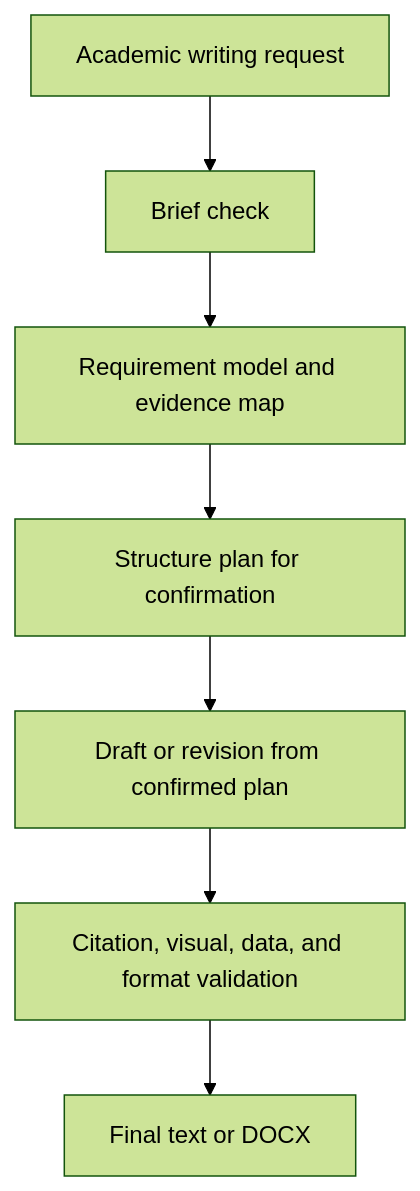
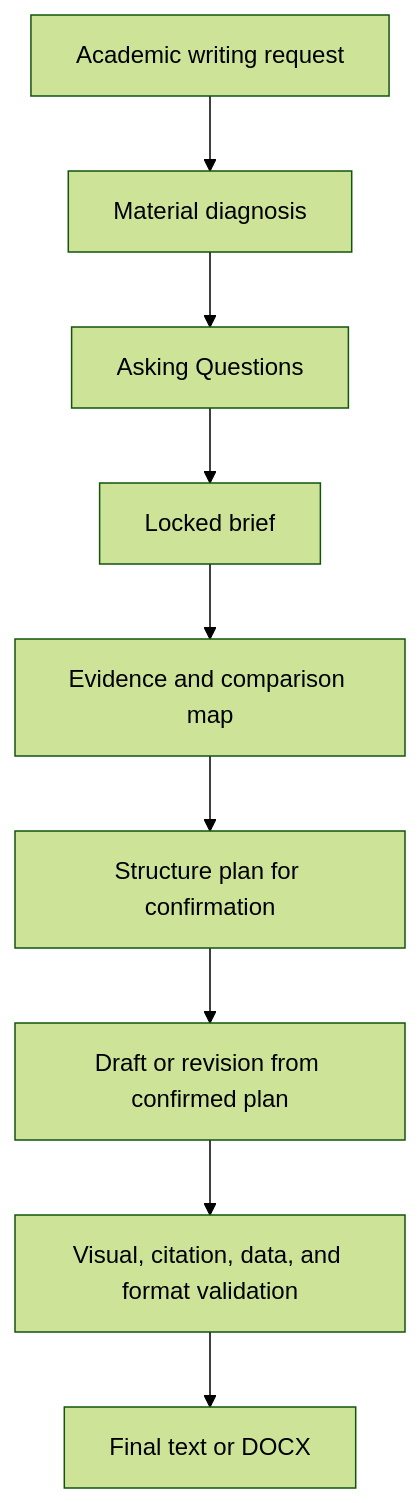
The diagram in README.md (OctavianYimingZhang/Essay-Tutor), drawn with Mermaid (forest theme) before and after one commit. The commit also changed other lines of this file and 9 other files, not shown here.

````diff
--- a/README.md
+++ b/README.md
@@ -46,9 +46,11 @@
 ```mermaid
 flowchart TD
-    A["Academic writing request"] --> B["Brief check"]
-    B --> C["Requirement model and evidence map"]
-    C --> D["Structure plan for confirmation"]
-    D --> E["Draft or revision from confirmed plan"]
-    E --> F["Citation, visual, data, and format validation"]
-    F --> G["Final text or DOCX"]
+    A["Academic writing request"] --> B["Material diagnosis"]
+    B --> C["Asking Questions"]
+    C --> D["Locked brief"]
+    D --> E["Evidence and comparison map"]
+    E --> F["Structure plan for confirmation"]
+    F --> G["Draft or revision from confirmed plan"]
+    G --> H["Visual, citation, data, and format validation"]
+    H --> I["Final text or DOCX"]
 ```
````
